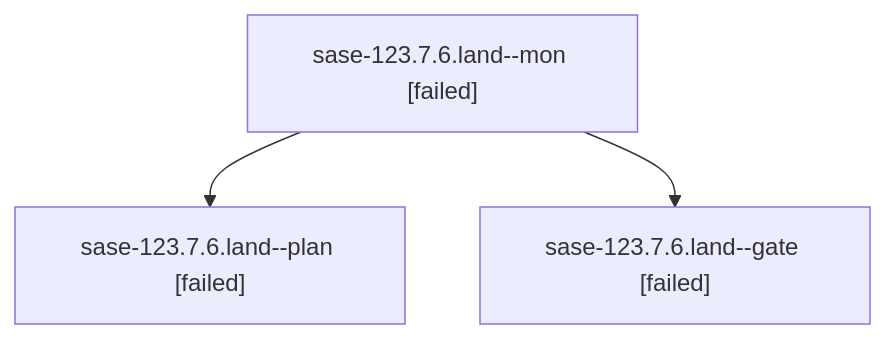
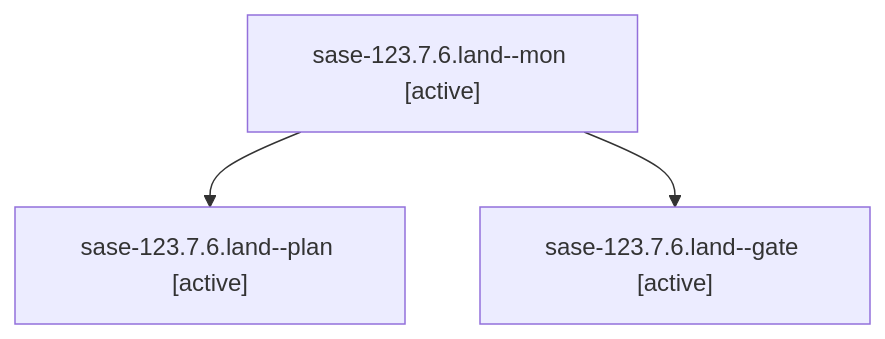
One commit to sase-org/sase--agents changed the diagram in families/bbugyi200.athena.sase-123.7.6.land.md. Above: the diagram before and after it, drawn with Mermaid. The commit also changed other lines of this file and 35830 other files, not shown here.

````diff
--- a/families/bbugyi200.athena.sase-123.7.6.land.md
+++ b/families/bbugyi200.athena.sase-123.7.6.land.md
@@ -9,8 +9,8 @@
 ```mermaid
 flowchart TD
-  n0["sase-123.7.6.land--mon [failed]"]
-  n1["sase-123.7.6.land--plan [failed]"]
+  n0["sase-123.7.6.land--mon [active]"]
+  n1["sase-123.7.6.land--plan [active]"]
   n0 --> n1
-  n2["sase-123.7.6.land--gate [failed]"]
+  n2["sase-123.7.6.land--gate [active]"]
   n0 --> n2
 ```
````
